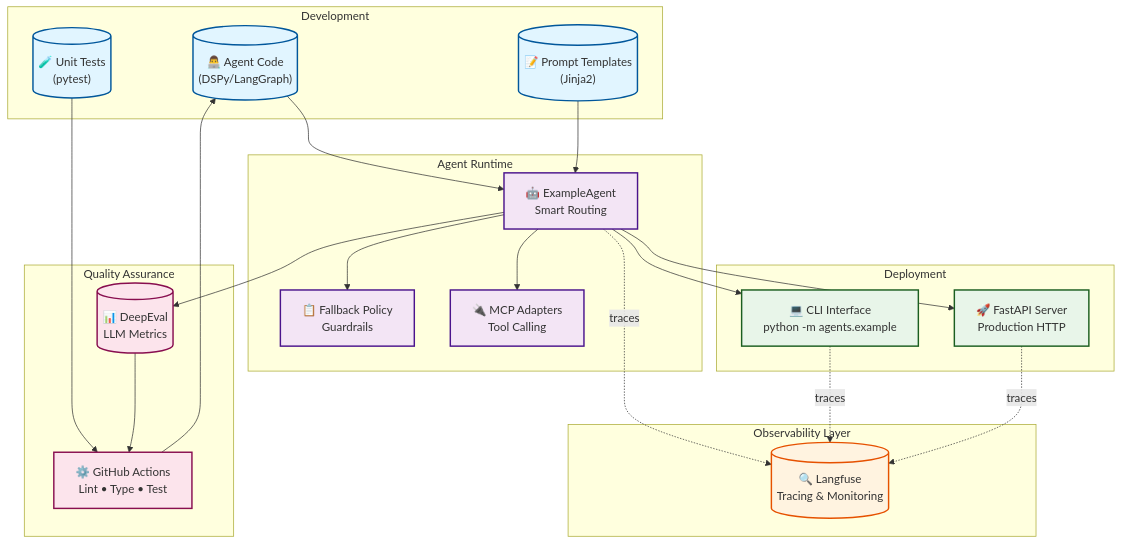
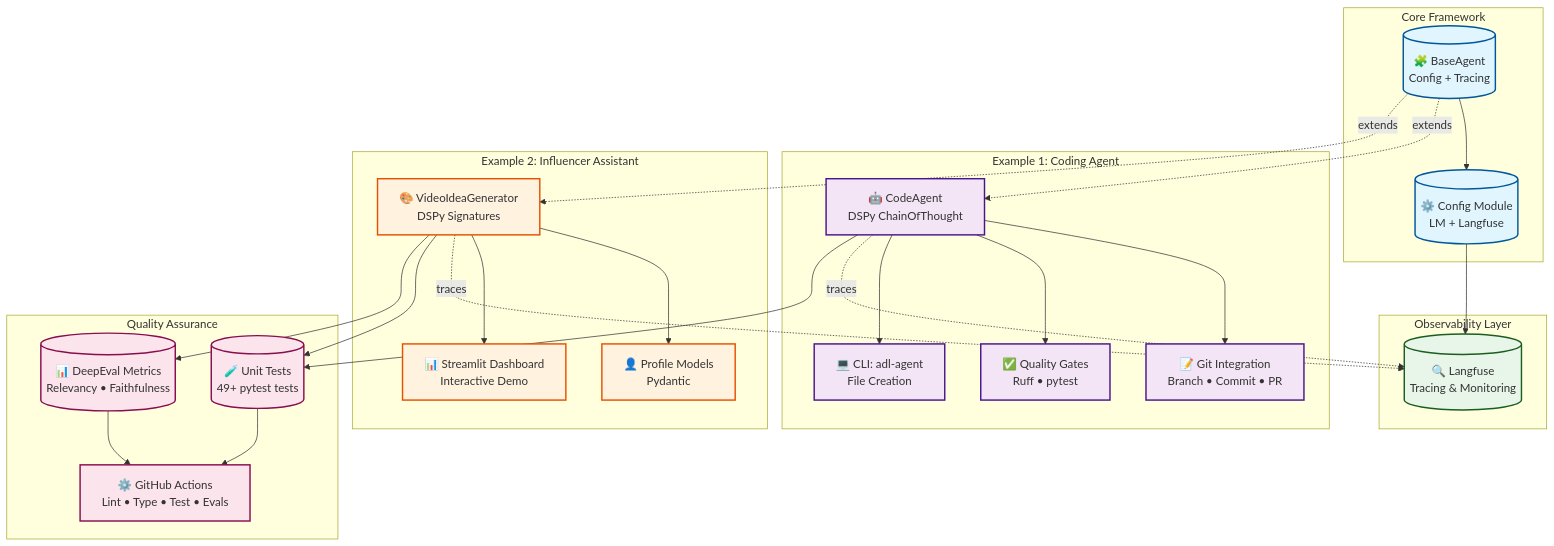
Before and after one commit to ammons-datalabs/observable-agent-starter: the diagram in docs/architecture.mmd, drawn with Mermaid.

Commit message:
docs: update architecture diagram to reflect current BaseAgent pattern and examples

```diff
--- a/docs/architecture.mmd
+++ b/docs/architecture.mmd
@@ -1,60 +1,65 @@
 graph TB
-    subgraph "Development"
-        Code[("👨‍💻 Agent Code<br/>(DSPy/LangGraph)")]
-        Prompts[("📝 Prompt Templates<br/>(Jinja2)")]
-        Tests[("🧪 Unit Tests<br/>(pytest)")]
+    subgraph "Core Framework"
+        BaseAgent[("🧩 BaseAgent<br/>Config + Tracing")]
+        Config[("⚙️ Config Module<br/>LM + Langfuse")]
+    end
+
+    subgraph "Example 1: Coding Agent"
+        CodingAgent["🤖 CodeAgent<br/>DSPy ChainOfThought"]
+        GitWorkflow["📝 Git Integration<br/>Branch • Commit • PR"]
+        QualityGates["✅ Quality Gates<br/>Ruff • pytest"]
+        CLI1["💻 CLI: adl-agent<br/>File Creation"]
+    end
+
+    subgraph "Example 2: Influencer Assistant"
+        InfluencerAgent["🎨 VideoIdeaGenerator<br/>DSPy Signatures"]
+        ProfileModel["👤 Profile Models<br/>Pydantic"]
+        Dashboard["📊 Streamlit Dashboard<br/>Interactive Demo"]
     end
 
     subgraph "Observability Layer"
         Langfuse[("🔍 Langfuse<br/>Tracing & Monitoring")]
     end
 
-    subgraph "Agent Runtime"
-        Agent["🤖 ExampleAgent<br/>Smart Routing"]
-        Policy["📋 Fallback Policy<br/>Guardrails"]
-        MCP["🔌 MCP Adapters<br/>Tool Calling"]
+    subgraph "Quality Assurance"
+        UnitTests[("🧪 Unit Tests<br/>49+ pytest tests")]
+        DeepEval[("📊 DeepEval Metrics<br/>Relevancy • Faithfulness")]
+        CI["⚙️ GitHub Actions<br/>Lint • Type • Test • Evals"]
     end
 
-    subgraph "Deployment"
-        CLI["💻 CLI Interface<br/>python -m agents.example"]
-        API["🚀 FastAPI Server<br/>Production HTTP"]
-    end
+    %% Framework Flow
+    BaseAgent --> Config
+    Config --> Langfuse
 
-    subgraph "Quality Assurance"
-        DeepEval[("📊 DeepEval<br/>LLM Metrics")]
-        CI["⚙️ GitHub Actions<br/>Lint • Type • Test"]
-    end
+    %% Coding Agent Flow
+    BaseAgent -.extends.-> CodingAgent
+    CodingAgent --> GitWorkflow
+    CodingAgent --> QualityGates
+    CodingAgent --> CLI1
+    CodingAgent -.traces.-> Langfuse
 
-    %% Development Flow
-    Code --> Agent
-    Prompts --> Agent
-    Tests --> CI
-
-    %% Runtime Flow
-    Agent --> Policy
-    Agent --> MCP
-    Agent --> CLI
-    Agent --> API
-
-    %% Observability Flow
-    Agent -.traces.-> Langfuse
-    CLI -.traces.-> Langfuse
-    API -.traces.-> Langfuse
+    %% Influencer Agent Flow
+    BaseAgent -.extends.-> InfluencerAgent
+    InfluencerAgent --> ProfileModel
+    InfluencerAgent --> Dashboard
+    InfluencerAgent -.traces.-> Langfuse
 
     %% Quality Flow
-    Agent --> DeepEval
+    CodingAgent --> UnitTests
+    InfluencerAgent --> UnitTests
+    InfluencerAgent --> DeepEval
+    UnitTests --> CI
     DeepEval --> CI
-    CI --> Code
 
     %% Styling
-    classDef dev fill:#e1f5ff,stroke:#01579b,stroke-width:2px
-    classDef obs fill:#fff3e0,stroke:#e65100,stroke-width:2px
-    classDef runtime fill:#f3e5f5,stroke:#4a148c,stroke-width:2px
-    classDef deploy fill:#e8f5e9,stroke:#1b5e20,stroke-width:2px
+    classDef core fill:#e1f5ff,stroke:#01579b,stroke-width:2px
+    classDef coding fill:#f3e5f5,stroke:#4a148c,stroke-width:2px
+    classDef influencer fill:#fff3e0,stroke:#e65100,stroke-width:2px
+    classDef obs fill:#e8f5e9,stroke:#1b5e20,stroke-width:2px
     classDef qa fill:#fce4ec,stroke:#880e4f,stroke-width:2px
 
-    class Code,Prompts,Tests dev
+    class BaseAgent,Config core
+    class CodingAgent,GitWorkflow,QualityGates,CLI1 coding
+    class InfluencerAgent,ProfileModel,Dashboard influencer
     class Langfuse obs
-    class Agent,Policy,MCP runtime
-    class CLI,API deploy
-    class DeepEval,CI qa
+    class UnitTests,DeepEval,CI qa
```
